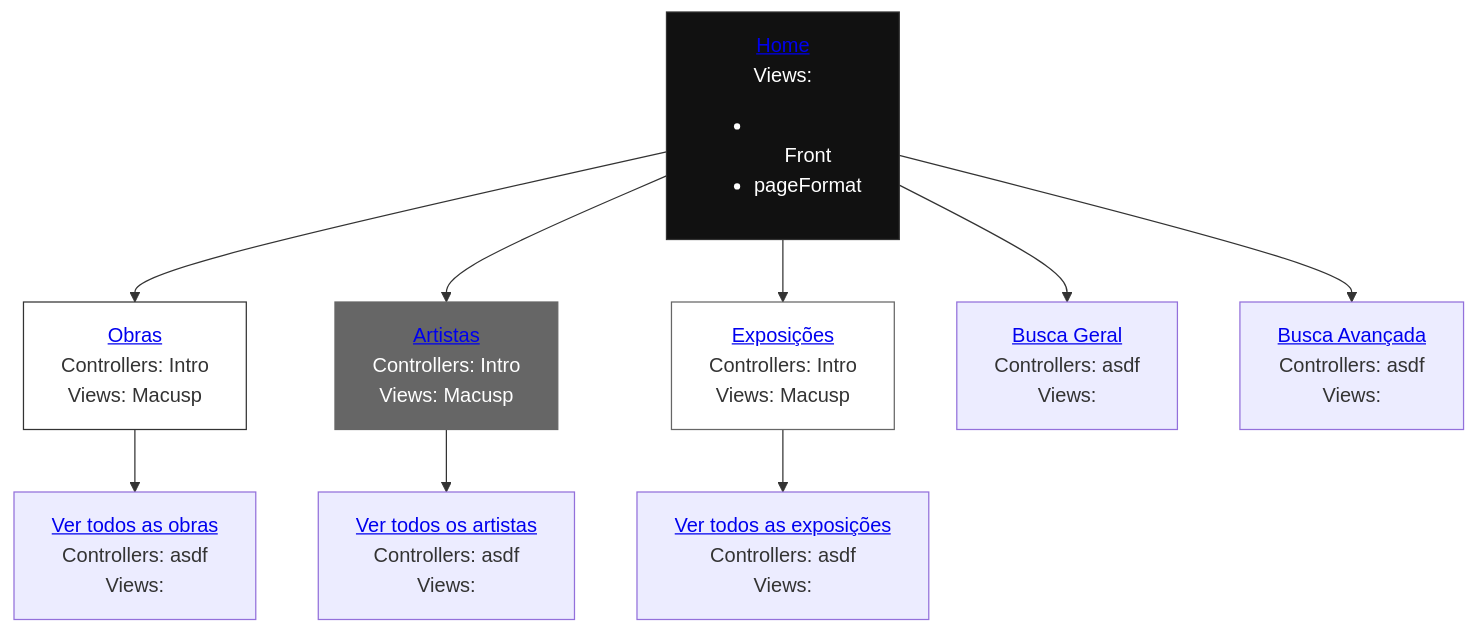
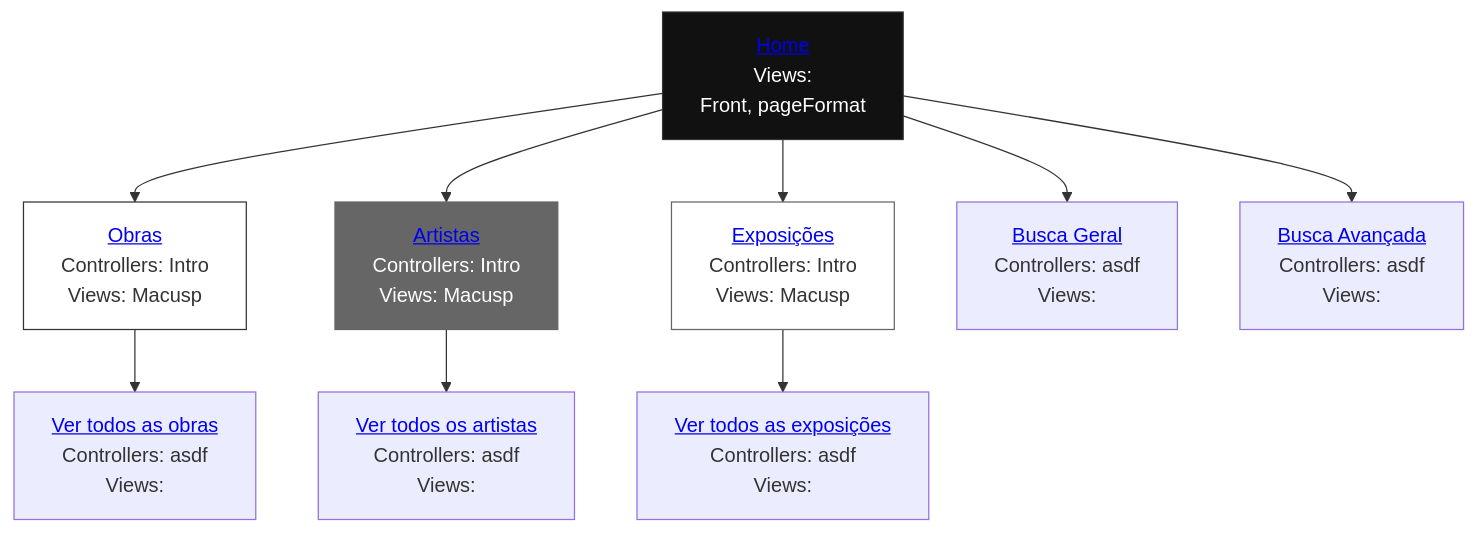
The diagram in README.md (reynaldocv/macusp), drawn with Mermaid before and after one commit.

````diff
--- a/README.md
+++ b/README.md
@@ -245,29 +245,29 @@
 ```mermaid
 graph TD
     %% Parte superior e inferior del primer puesto
-    home["           <a href='http://143.107.130.173/admacervo/macusp/index.php'> Home </a> <br> Views: <br> <ul><li></li>Front<li>pageFormat</li></ul>"]
+    home["           <a href='http://143.107.130.173/admacervo/macusp/index.php'> Home </a> <br> Views: <br> Front, pageFormat"]
     works["          <a href='http://143.107.130.173/admacervo/macusp/index.php/Intro/works'>Obras</a>      <br> Controllers: Intro <br> Views: Macusp"]
     artists["        <a href='http://143.107.130.173/admacervo/macusp/index.php/Intro/artists'>Artistas</a>  <br> Controllers: Intro <br> Views: Macusp"]
     exhibitions["    <a href='http://143.107.130.173/admacervo/macusp/index.php/Intro/exhibitions'>Exposições</a> <br> Controllers: Intro <br> Views: Macusp"]
     search["         <a href='https://link.com'> Busca Geral </a> <br>  Controllers: asdf <br>  Views: "]
     advancedSearch[" <a href='https://link.com'> Busca Avançada</a> <br>  Controllers: </strong> asdf <br>  Views: "]
     viewWorks[" <a href='https://link.com'> Ver todos as obras</a> <br>  Controllers: </strong> asdf <br>  Views: "]
     viewArtists[" <a href='https://link.com'> Ver todos os artistas</a> <br>  Controllers: </strong> asdf <br>  Views: "]
     viewExhibitions[" <a href='https://link.com'> Ver todos as exposições</a> <br>  Controllers: </strong> asdf <br>  Views: "]
     
     %% Conexión del organigrama (une la parte inferior de uno con la superior del otro)
     home --> works
     home --> artists
     home --> exhibitions
     home --> search
     home --> advancedSearch
     works --> viewWorks
     artists --> viewArtists    
     exhibitions --> viewExhibitions
 
     %% Estilos para que parezcan una sola pieza
     style home fill:#111,stroke:#333,color:#fff
     style works fill:#fff,stroke:#333
     style artists fill:#666,stroke:#666,color:#fff
     style exhibitions fill:#fff,stroke:#666
 ```
````
